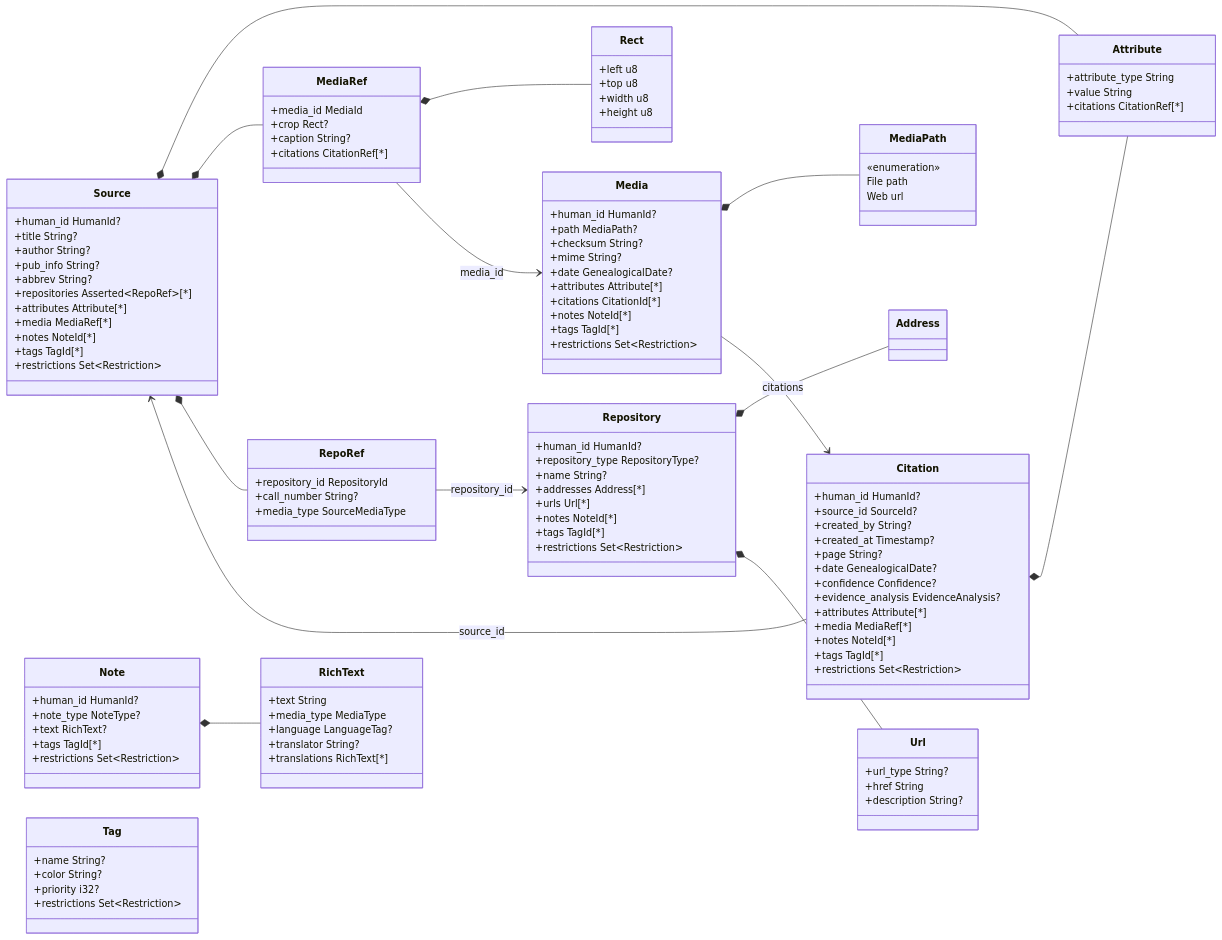
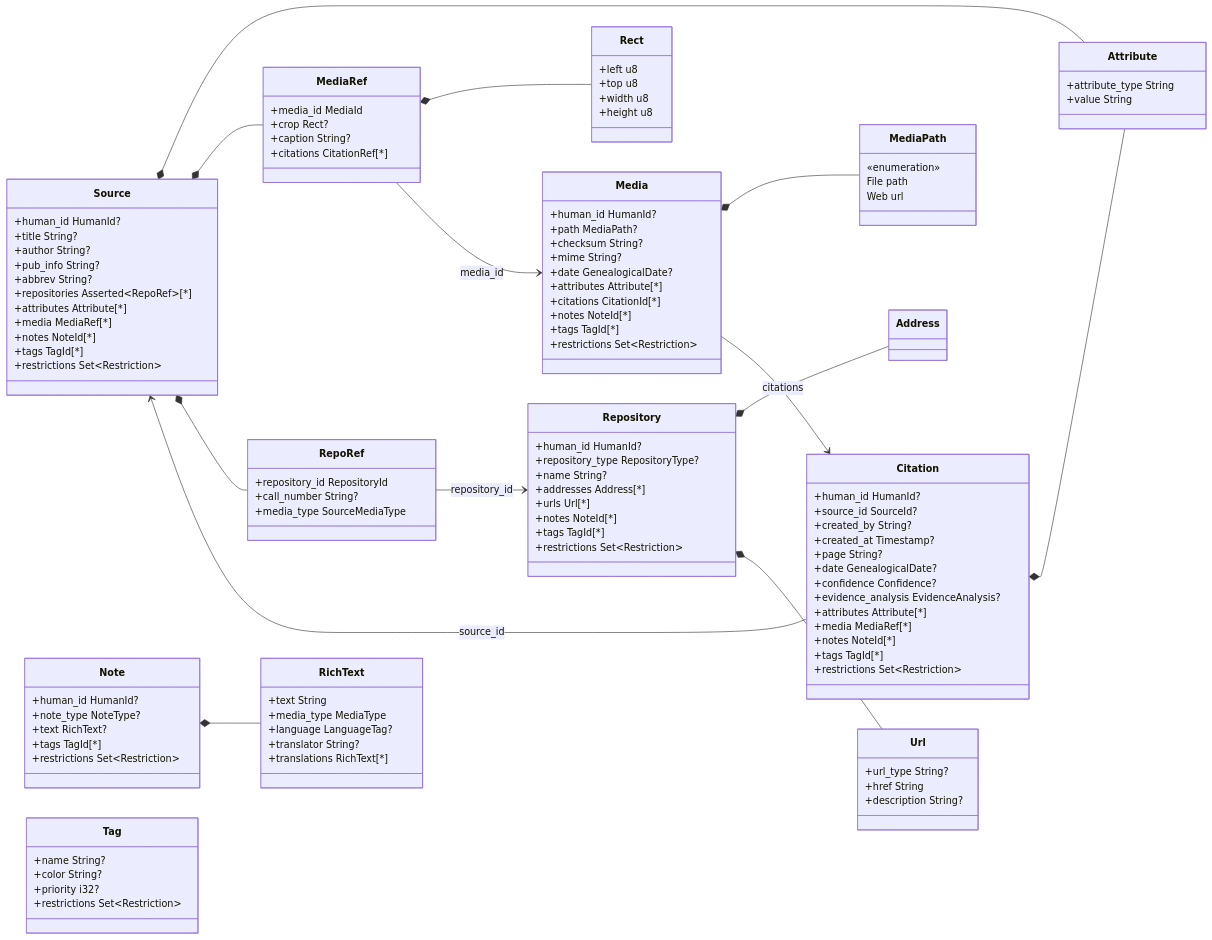
One commit to magne/vitni changed the sixth of 7 diagrams in docs/data-model-diagram.md. Above: the diagram before and after it, drawn with Mermaid. The commit also changed other lines of this file and 2 other files, not shown here.

```diff
--- a/docs/data-model-diagram.md
+++ b/docs/data-model-diagram.md
@@ -520,7 +520,6 @@
     class Attribute {
         +attribute_type String
         +value String
-        +citations CitationRef[*]
     }
     class MediaRef {
         +media_id MediaId
```
